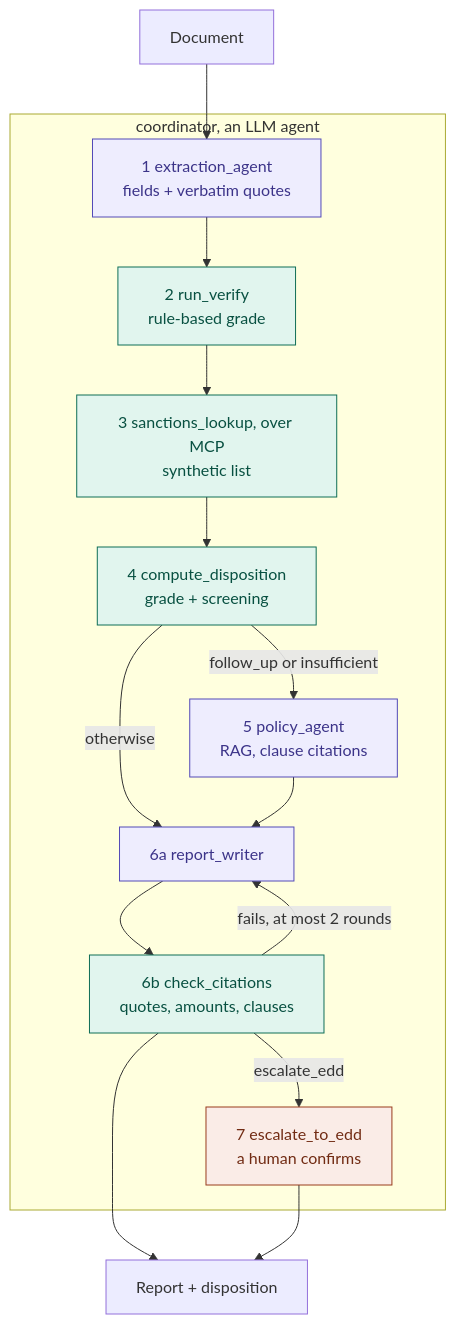
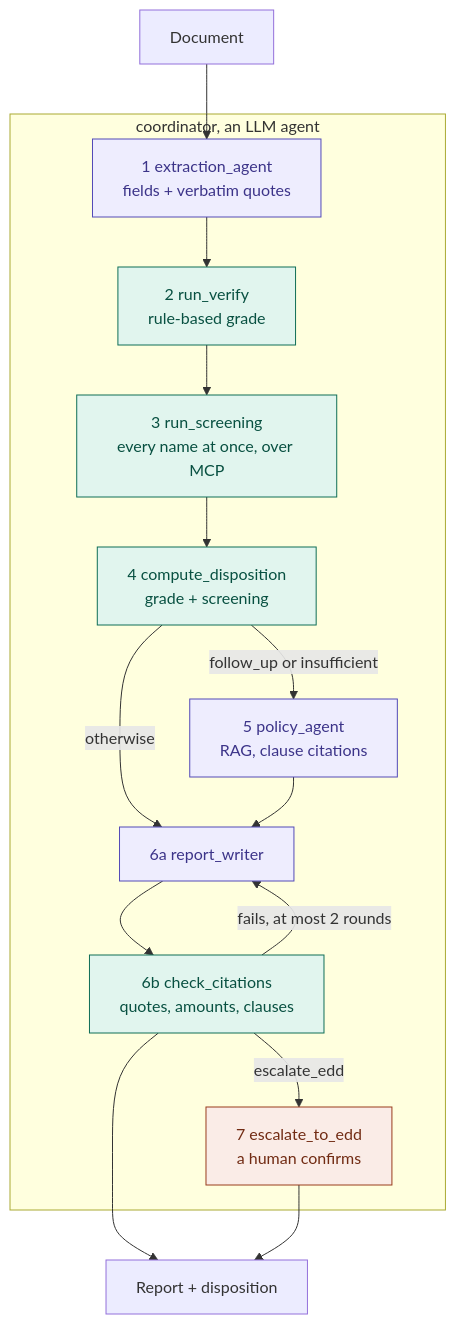
The diagram in README.md (jiayuan0113-blip/sow-reviewer), drawn with Mermaid before and after one commit. The commit also changed other lines of this file and 7 other files, not shown here.

First line of the commit message:
Screen every extracted name in code, and refuse a disposition if one is missed

````diff
--- a/README.md
+++ b/README.md
@@ -17,20 +17,20 @@
 ```mermaid
 flowchart TD
   A[Document] --> E
   subgraph C["coordinator, an LLM agent"]
     E["1 extraction_agent<br/>fields + verbatim quotes"]:::model --> V["2 run_verify<br/>rule-based grade"]:::code
-    V --> S["3 sanctions_lookup, over MCP<br/>synthetic list"]:::code
+    V --> S["3 run_screening<br/>every name at once, over MCP"]:::code
     S --> D["4 compute_disposition<br/>grade + screening"]:::code
     D -->|follow_up or insufficient| P["5 policy_agent<br/>RAG, clause citations"]:::model
     D -->|otherwise| W
     P --> W["6a report_writer"]:::model
     W --> K["6b check_citations<br/>quotes, amounts, clauses"]:::code
     K -->|fails, at most 2 rounds| W
     K -->|escalate_edd| H["7 escalate_to_edd<br/>a human confirms"]:::human
   end
   K --> R[Report + disposition]
   H --> R
   classDef model fill:#EEEDFE,stroke:#534AB7,color:#3C3489
   classDef code fill:#E1F5EE,stroke:#0F6E56,color:#085041
   classDef human fill:#FAECE7,stroke:#993C1D,color:#712B13
 ```
````
